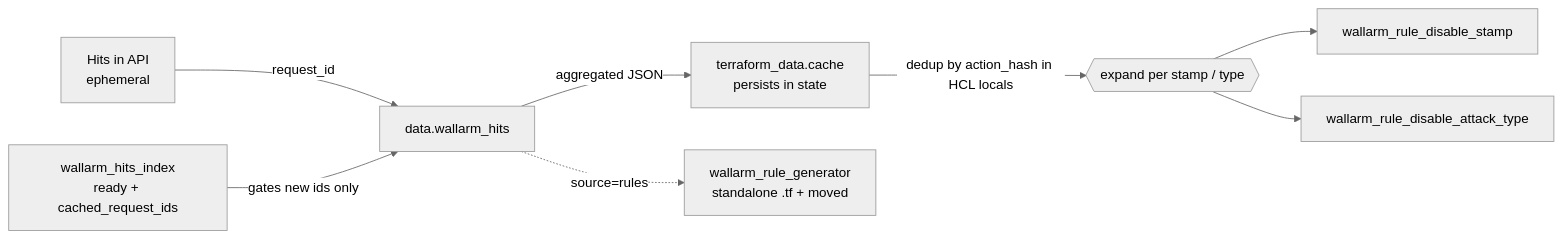
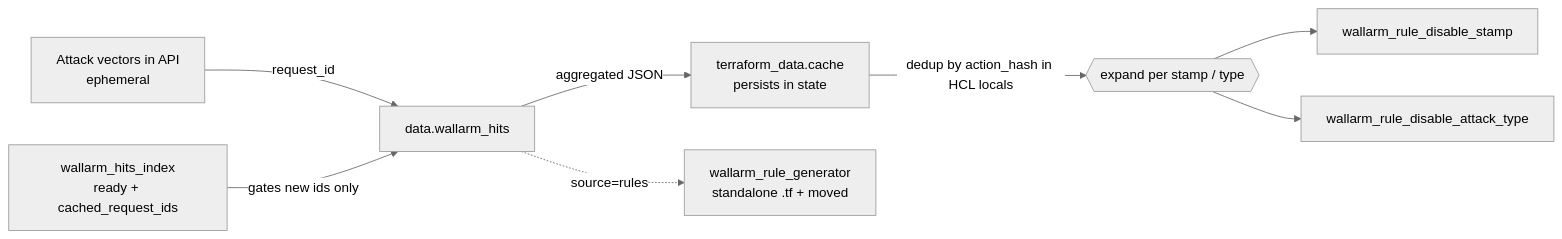
Before and after one commit to wallarm/terraform-provider-wallarm: the diagram in references/hits-to-rules.md, drawn with Mermaid (neutral theme). The commit also changed other lines of this file, not shown here.

Commit message:
Describe the attack-vectors read in the hits-to-rules reference

````diff
--- a/references/hits-to-rules.md
+++ b/references/hits-to-rules.md
@@ -43,10 +44,10 @@
 ```mermaid
 flowchart LR
-  H[Hits in API<br/>ephemeral] -->|request_id| DS[data.wallarm_hits]
+  H[Attack vectors in API<br/>ephemeral] -->|request_id| DS[data.wallarm_hits]
   IDX[wallarm_hits_index<br/>ready + cached_request_ids] -->|gates new ids only| DS
   DS -->|aggregated JSON| CACHE[terraform_data.cache<br/>persists in state]
   CACHE -->|dedup by action_hash in HCL locals| EXP{{expand per stamp / type}}
   EXP --> RS[wallarm_rule_disable_stamp]
   EXP --> RA[wallarm_rule_disable_attack_type]
   DS -.->|source=rules| GEN[wallarm_rule_generator<br/>standalone .tf + moved]
 ```
````
